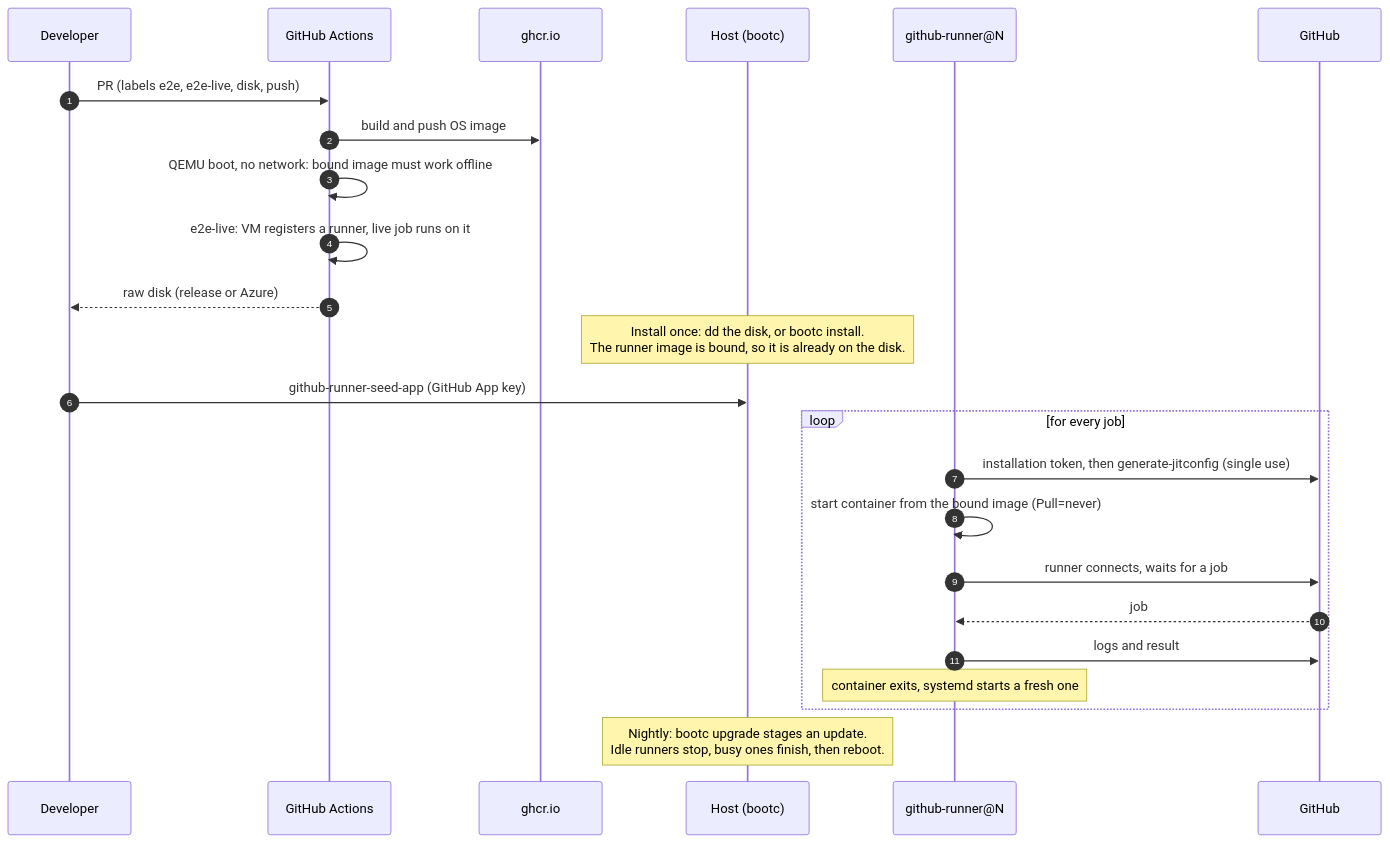
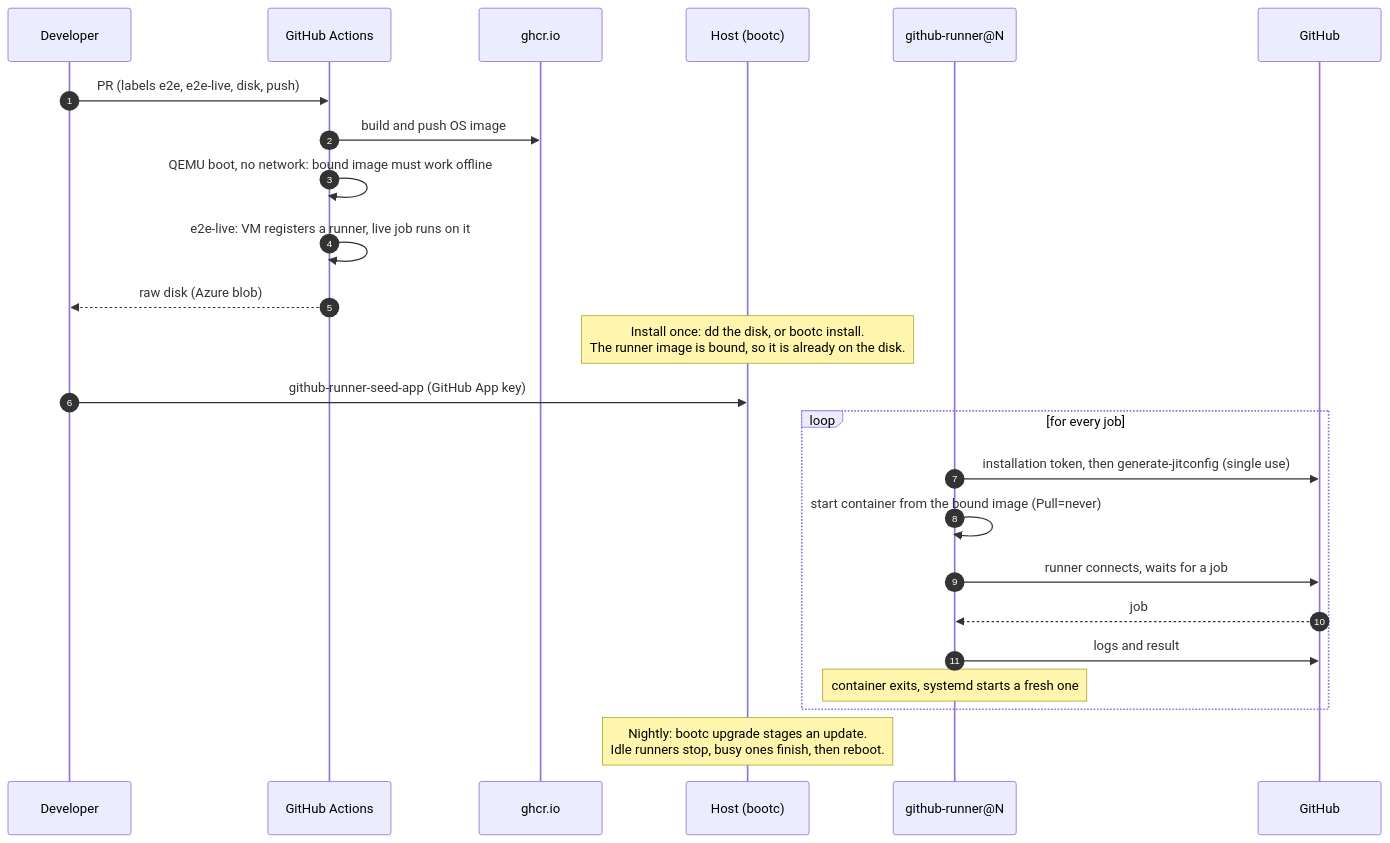
Before and after one commit to cthtrifork/github-runner-bootc: the diagram in docs/flow.mmd, drawn with Mermaid. The commit also changed 6 other files, not shown here.

First line of the commit message:
ci(disk): upload the disk image to Azure blob storage only

```diff
--- a/docs/flow.mmd
+++ b/docs/flow.mmd
@@ -1,28 +1,28 @@
 sequenceDiagram
     autonumber
     participant D as Developer
     participant CI as GitHub Actions
     participant R as ghcr.io
     participant H as Host (bootc)
     participant S as github-runner@N
     participant G as GitHub
 
     D->>CI: PR (labels e2e, e2e-live, disk, push)
     CI->>R: build and push OS image
     CI->>CI: QEMU boot, no network: bound image must work offline
     CI->>CI: e2e-live: VM registers a runner, live job runs on it
-    CI-->>D: raw disk (release or Azure)
+    CI-->>D: raw disk (Azure blob)
 
     Note over H: Install once: dd the disk, or bootc install.<br/>The runner image is bound, so it is already on the disk.
     D->>H: github-runner-seed-app (GitHub App key)
 
     loop for every job
         S->>G: installation token, then generate-jitconfig (single use)
         S->>S: start container from the bound image (Pull=never)
         S->>G: runner connects, waits for a job
         G-->>S: job
         S->>G: logs and result
         Note over S: container exits, systemd starts a fresh one
     end
 
     Note over H: Nightly: bootc upgrade stages an update.<br/>Idle runners stop, busy ones finish, then reboot.
```
